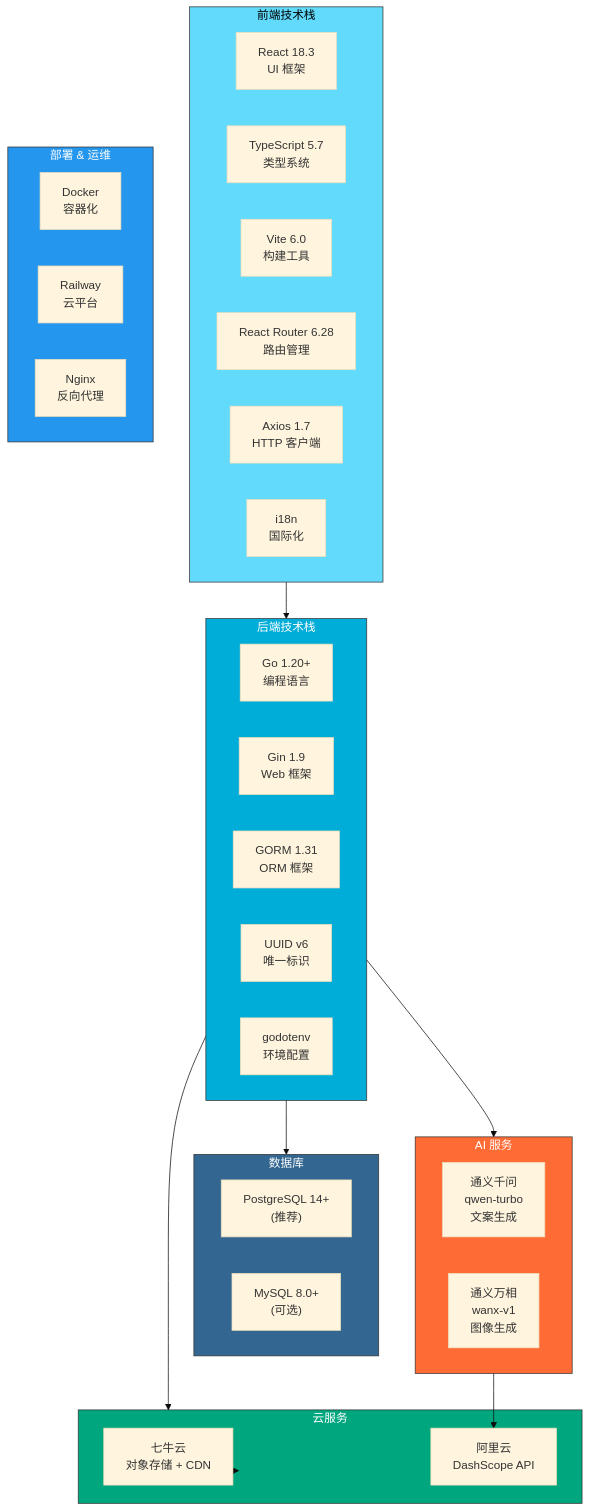
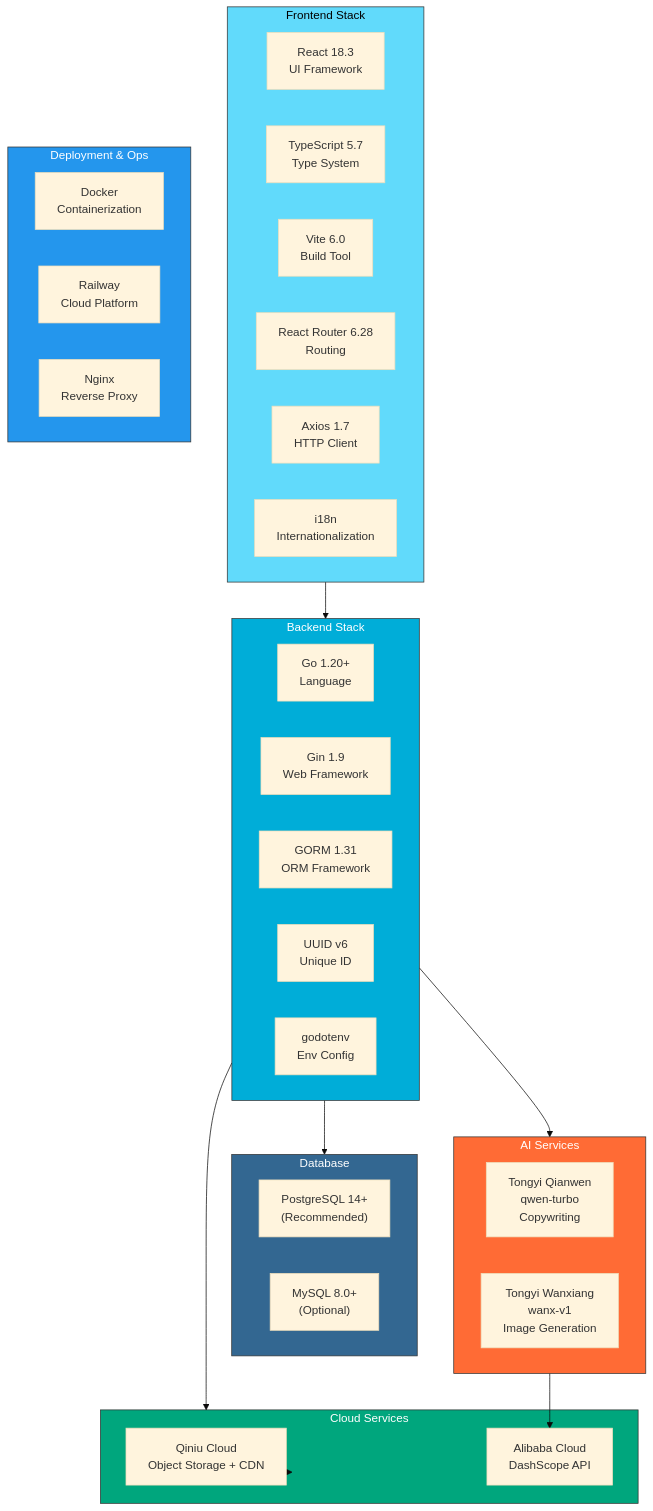
Before and after one commit to NEDONION/ads-creative-gen-platform: the first of 7 diagrams in README.md, drawn with Mermaid (base theme). The commit also changed other lines of this file and 1 other file, not shown here.

````diff
--- a/README.md
+++ b/README.md
@@ -92,54 +94,54 @@
 ```mermaid
 graph TB
-    subgraph Frontend["前端技术栈"]
-        React["React 18.3<br/>UI 框架"]
-        TS["TypeScript 5.7<br/>类型系统"]
-        Vite["Vite 6.0<br/>构建工具"]
-        Router["React Router 6.28<br/>路由管理"]
-        Axios["Axios 1.7<br/>HTTP 客户端"]
-        I18n["i18n<br/>国际化"]
+    subgraph Frontend["Frontend Stack"]
+        React["React 18.3<br/>UI Framework"]
+        TS["TypeScript 5.7<br/>Type System"]
+        Vite["Vite 6.0<br/>Build Tool"]
+        Router["React Router 6.28<br/>Routing"]
+        Axios["Axios 1.7<br/>HTTP Client"]
+        I18n["i18n<br/>Internationalization"]
     end
 
-    subgraph Backend["后端技术栈"]
-        Go["Go 1.20+<br/>编程语言"]
-        Gin["Gin 1.9<br/>Web 框架"]
-        GORM["GORM 1.31<br/>ORM 框架"]
-        UUID["UUID v6<br/>唯一标识"]
-        Env["godotenv<br/>环境配置"]
+    subgraph Backend["Backend Stack"]
+        Go["Go 1.20+<br/>Language"]
+        Gin["Gin 1.9<br/>Web Framework"]
+        GORM["GORM 1.31<br/>ORM Framework"]
+        UUID["UUID v6<br/>Unique ID"]
+        Env["godotenv<br/>Env Config"]
     end
 
-    subgraph Database["数据库"]
-        PG["PostgreSQL 14+<br/>(推荐)"]
-        MySQL["MySQL 8.0+<br/>(可选)"]
+    subgraph Database["Database"]
+        PG["PostgreSQL 14+<br/>(Recommended)"]
+        MySQL["MySQL 8.0+<br/>(Optional)"]
     end
 
-    subgraph AIServices["AI 服务"]
-        Qwen["通义千问<br/>qwen-turbo<br/>文案生成"]
-        Tongyi["通义万相<br/>wanx-v1<br/>图像生成"]
+    subgraph AIServices["AI Services"]
+        Qwen["Tongyi Qianwen<br/>qwen-turbo<br/>Copywriting"]
+        Tongyi["Tongyi Wanxiang<br/>wanx-v1<br/>Image Generation"]
     end
 
-    subgraph CloudServices["云服务"]
-        Qiniu["七牛云<br/>对象存储 + CDN"]
-        AliCloud["阿里云<br/>DashScope API"]
+    subgraph CloudServices["Cloud Services"]
+        Qiniu["Qiniu Cloud<br/>Object Storage + CDN"]
+        AliCloud["Alibaba Cloud<br/>DashScope API"]
     end
 
-    subgraph DevOps["部署 & 运维"]
-        Docker["Docker<br/>容器化"]
-        Railway["Railway<br/>云平台"]
-        Nginx["Nginx<br/>反向代理"]
+    subgraph DevOps["Deployment & Ops"]
+        Docker["Docker<br/>Containerization"]
+        Railway["Railway<br/>Cloud Platform"]
+        Nginx["Nginx<br/>Reverse Proxy"]
     end
 
     Frontend --> Backend
     Backend --> Database
     Backend --> AIServices
     Backend --> CloudServices
     AIServices --> AliCloud
     CloudServices --> Qiniu
 
     style Frontend fill:#61dafb,stroke:#333,color:#000
     style Backend fill:#00ADD8,stroke:#333,color:#fff
     style Database fill:#336791,stroke:#333,color:#fff
     style AIServices fill:#ff6b35,stroke:#333,color:#fff
     style CloudServices fill:#00a67d,stroke:#333,color:#fff
     style DevOps fill:#2496ed,stroke:#333,color:#fff
 ```
````
